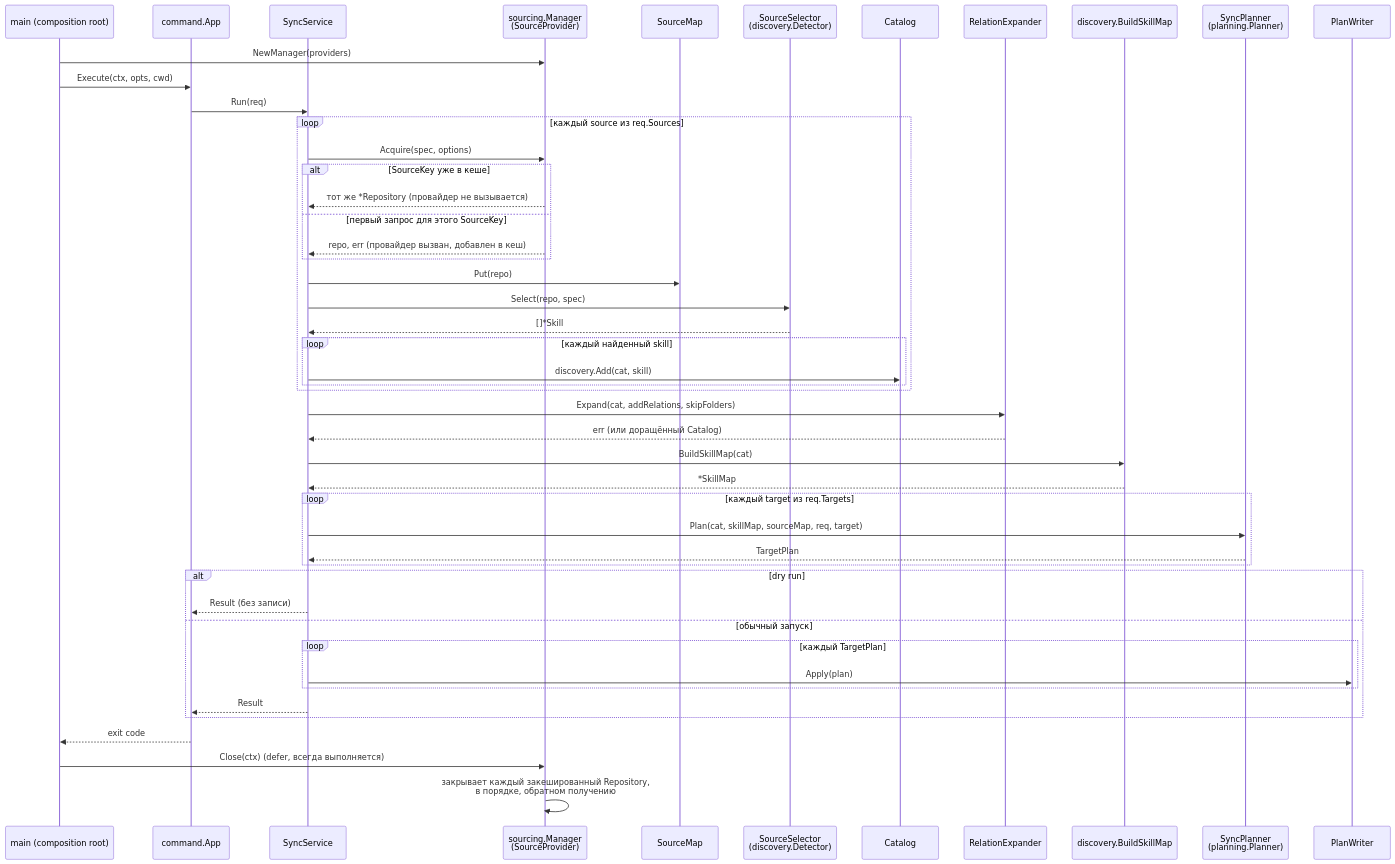
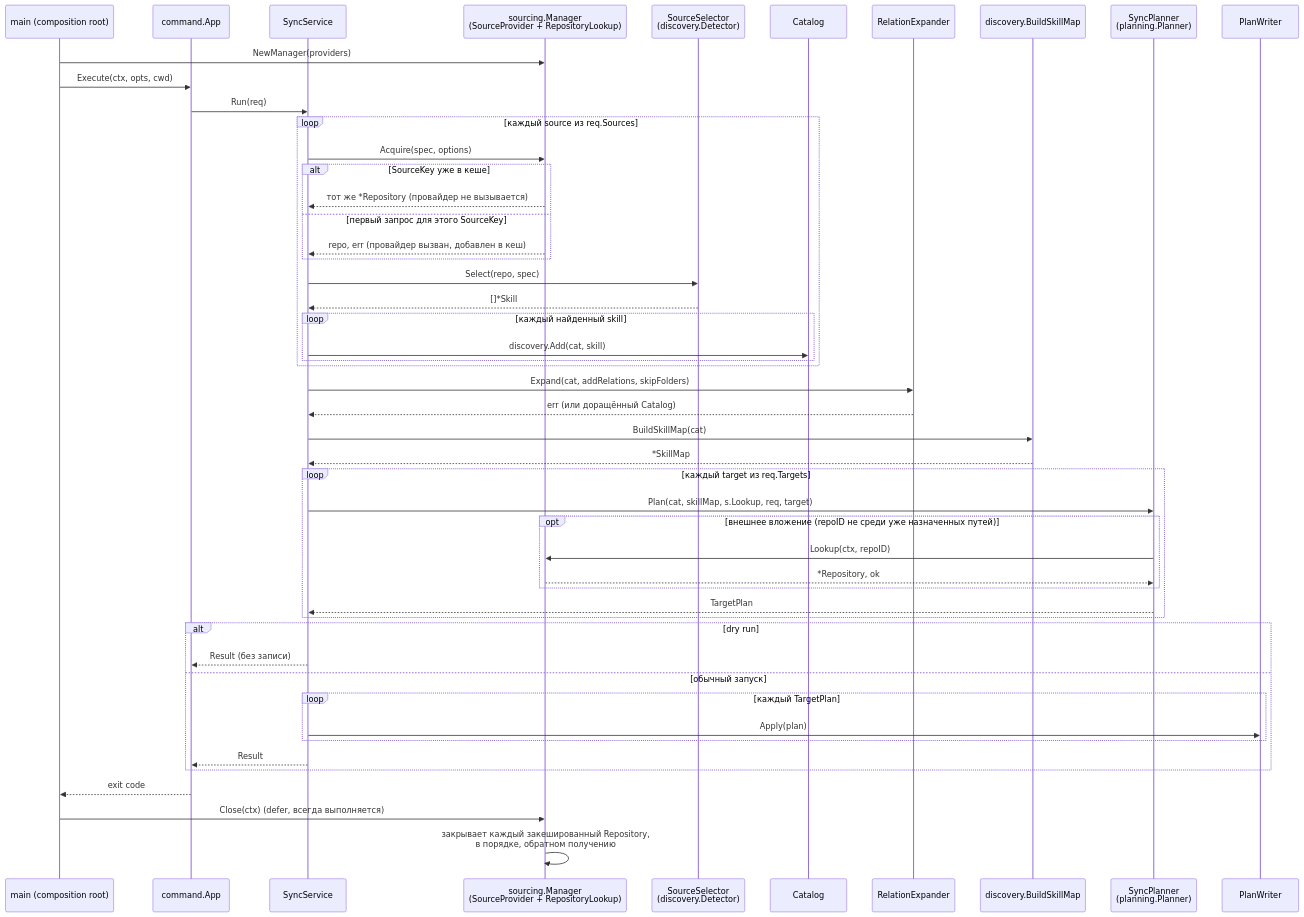
One commit to InsonusK/go-ai-skill-manage changed the first of 3 diagrams in docs/architecture/diagrams.md. Above: the diagram before and after it, drawn with Mermaid. The commit also changed other lines of this file and 23 other files, not shown here.

````diff
--- a/docs/architecture/diagrams.md
+++ b/docs/architecture/diagrams.md
@@ -10,51 +10,53 @@
 ```mermaid
 sequenceDiagram
     participant Main as main (composition root)
     participant CLI as command.App
     participant Sync as SyncService
-    participant Mgr as sourcing.Manager<br/>(SourceProvider)
-    participant SrcMap as SourceMap
+    participant Mgr as sourcing.Manager<br/>(SourceProvider + RepositoryLookup)
     participant Det as SourceSelector<br/>(discovery.Detector)
     participant Cat as Catalog
     participant Rel as RelationExpander
     participant SkMap as discovery.BuildSkillMap
     participant Plan as SyncPlanner<br/>(planning.Planner)
     participant Writer as PlanWriter
 
     Main->>Mgr: NewManager(providers)
     Main->>CLI: Execute(ctx, opts, cwd)
     CLI->>Sync: Run(req)
     loop каждый source из req.Sources
         Sync->>Mgr: Acquire(spec, options)
         alt SourceKey уже в кеше
             Mgr-->>Sync: тот же *Repository (провайдер не вызывается)
         else первый запрос для этого SourceKey
             Mgr-->>Sync: repo, err (провайдер вызван, добавлен в кеш)
         end
-        Sync->>SrcMap: Put(repo)
         Sync->>Det: Select(repo, spec)
         Det-->>Sync: []*Skill
         loop каждый найденный skill
             Sync->>Cat: discovery.Add(cat, skill)
         end
     end
     Sync->>Rel: Expand(cat, addRelations, skipFolders)
     Rel-->>Sync: err (или доращённый Catalog)
     Sync->>SkMap: BuildSkillMap(cat)
     SkMap-->>Sync: *SkillMap
     loop каждый target из req.Targets
-        Sync->>Plan: Plan(cat, skillMap, sourceMap, req, target)
+        Sync->>Plan: Plan(cat, skillMap, s.Lookup, req, target)
+        opt внешнее вложение (repoID не среди уже назначенных путей)
+            Plan->>Mgr: Lookup(ctx, repoID)
+            Mgr-->>Plan: *Repository, ok
+        end
         Plan-->>Sync: TargetPlan
     end
     alt dry run
         Sync-->>CLI: Result (без записи)
     else обычный запуск
         loop каждый TargetPlan
             Sync->>Writer: Apply(plan)
         end
         Sync-->>CLI: Result
     end
     CLI-->>Main: exit code
     Main->>Mgr: Close(ctx) (defer, всегда выполняется)
     Mgr->>Mgr: закрывает каждый закешированный Repository,<br/>в порядке, обратном получению
 ```
````
